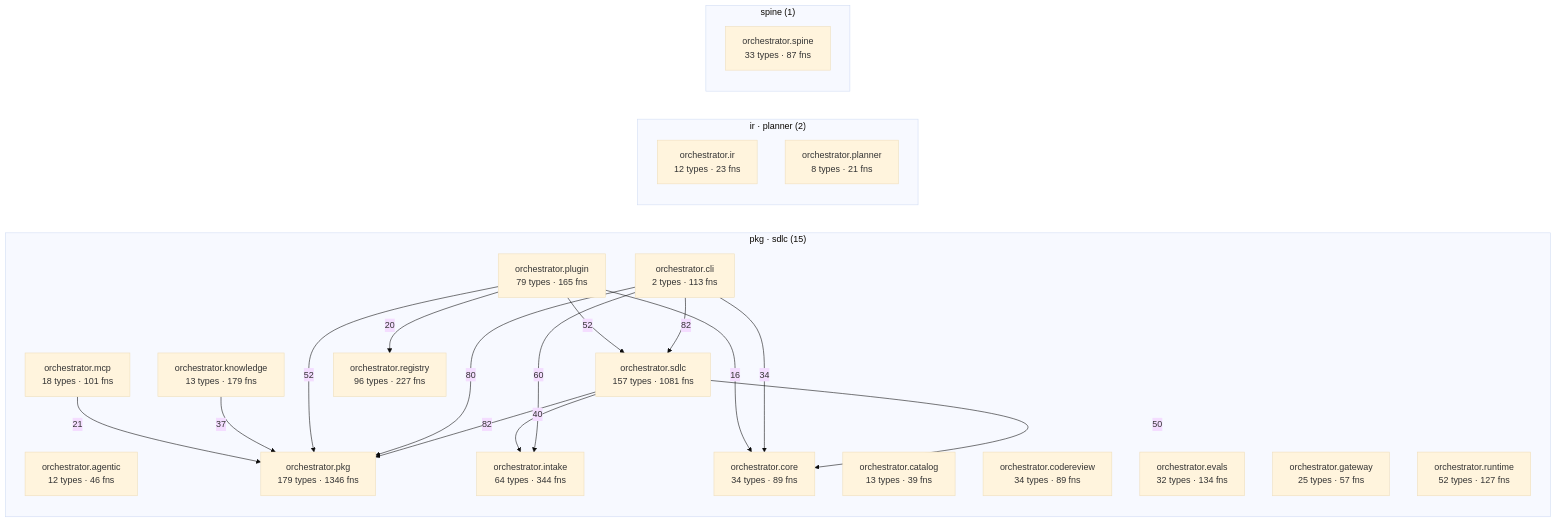
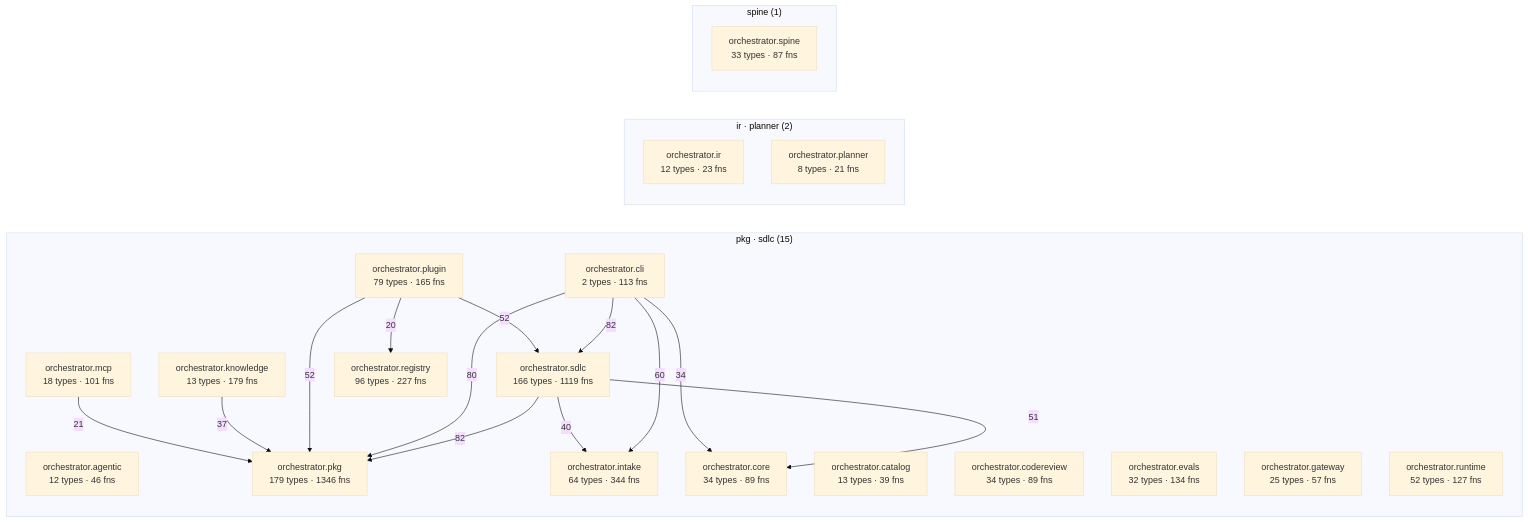
Before and after one commit to synaptixs/spine: the diagram in episteme/architecture.md, drawn with Mermaid (base theme). The commit also changed other lines of this file and 24 other files, not shown here.

````diff
--- a/episteme/architecture.md
+++ b/episteme/architecture.md
@@ -56,40 +56,39 @@
 ```mermaid
 flowchart LR
   subgraph c_2["pkg · sdlc (15)"]
     aorchestratoragentic["orchestrator.agentic<br/>12 types · 46 fns"]
     aorchestratorcatalog["orchestrator.catalog<br/>13 types · 39 fns"]
     aorchestratorcli["orchestrator.cli<br/>2 types · 113 fns"]
     aorchestratorcodereview["orchestrator.codereview<br/>34 types · 89 fns"]
     aorchestratorcore["orchestrator.core<br/>34 types · 89 fns"]
     aorchestratorevals["orchestrator.evals<br/>32 types · 134 fns"]
     aorchestratorgateway["orchestrator.gateway<br/>25 types · 57 fns"]
     aorchestratorintake["orchestrator.intake<br/>64 types · 344 fns"]
     aorchestratorknowledge["orchestrator.knowledge<br/>13 types · 179 fns"]
     aorchestratormcp["orchestrator.mcp<br/>18 types · 101 fns"]
     aorchestratorpkg["orchestrator.pkg<br/>179 types · 1346 fns"]
     aorchestratorplugin["orchestrator.plugin<br/>79 types · 165 fns"]
     aorchestratorregistry["orchestrator.registry<br/>96 types · 227 fns"]
     aorchestratorruntime["orchestrator.runtime<br/>52 types · 127 fns"]
-    aorchestratorsdlc["orchestrator.sdlc<br/>157 types · 1081 fns"]
+    aorchestratorsdlc["orchestrator.sdlc<br/>166 types · 1119 fns"]
   end
   subgraph c_5["ir · planner (2)"]
     aorchestratorir["orchestrator.ir<br/>12 types · 23 fns"]
     aorchestratorplanner["orchestrator.planner<br/>8 types · 21 fns"]
   end
   subgraph c_10["spine (1)"]
     aorchestratorspine["orchestrator.spine<br/>33 types · 87 fns"]
   end
   aorchestratorcli -->|82| aorchestratorsdlc
   aorchestratorsdlc -->|82| aorchestratorpkg
   aorchestratorcli -->|80| aorchestratorpkg
   aorchestratorcli -->|60| aorchestratorintake
   aorchestratorplugin -->|52| aorchestratorpkg
   aorchestratorplugin -->|52| aorchestratorsdlc
-  aorchestratorsdlc -->|50| aorchestratorcore
+  aorchestratorsdlc -->|51| aorchestratorcore
   aorchestratorsdlc -->|40| aorchestratorintake
   aorchestratorknowledge -->|37| aorchestratorpkg
   aorchestratorcli -->|34| aorchestratorcore
   aorchestratormcp -->|21| aorchestratorpkg
   aorchestratorplugin -->|20| aorchestratorregistry
-  aorchestratorplugin -->|16| aorchestratorcore
 ```
````
